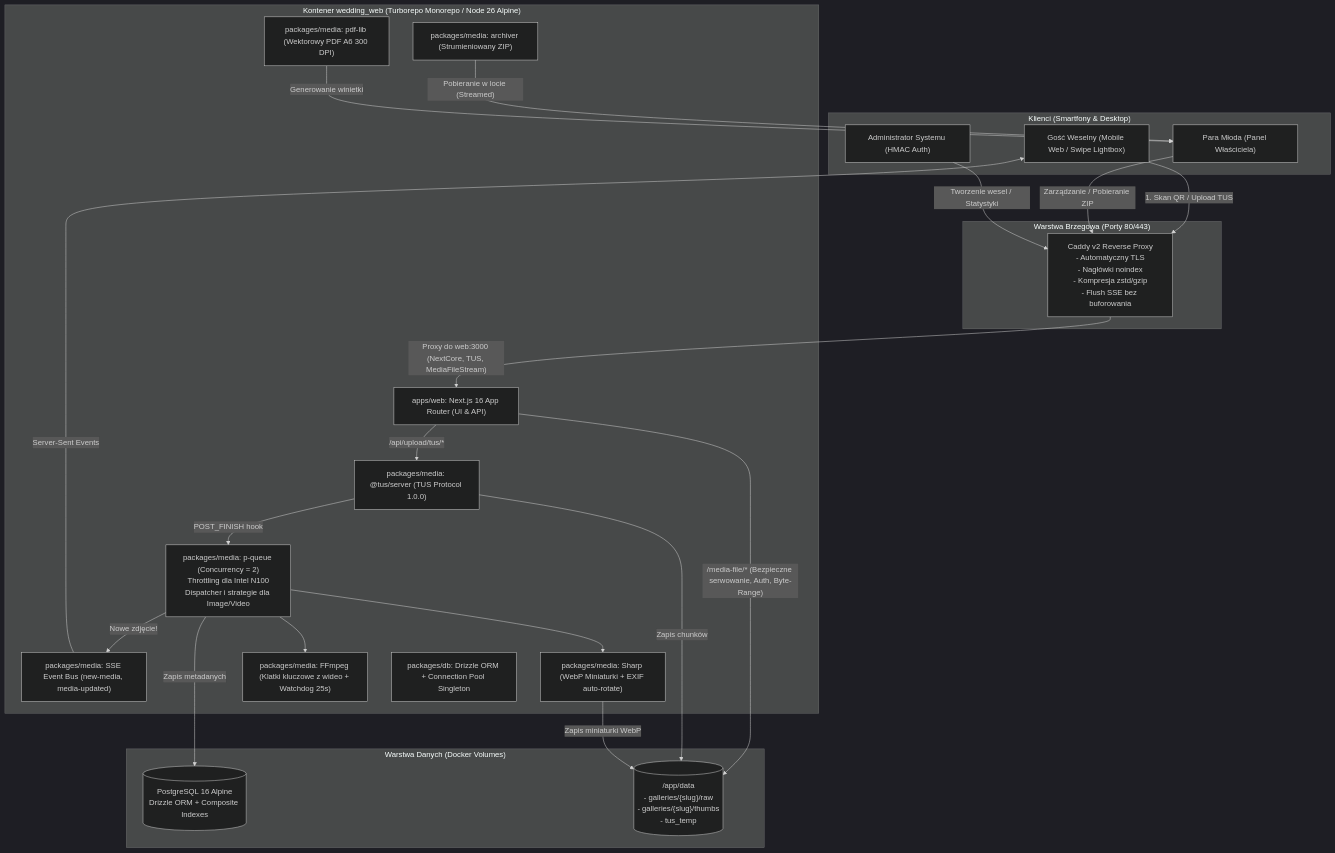
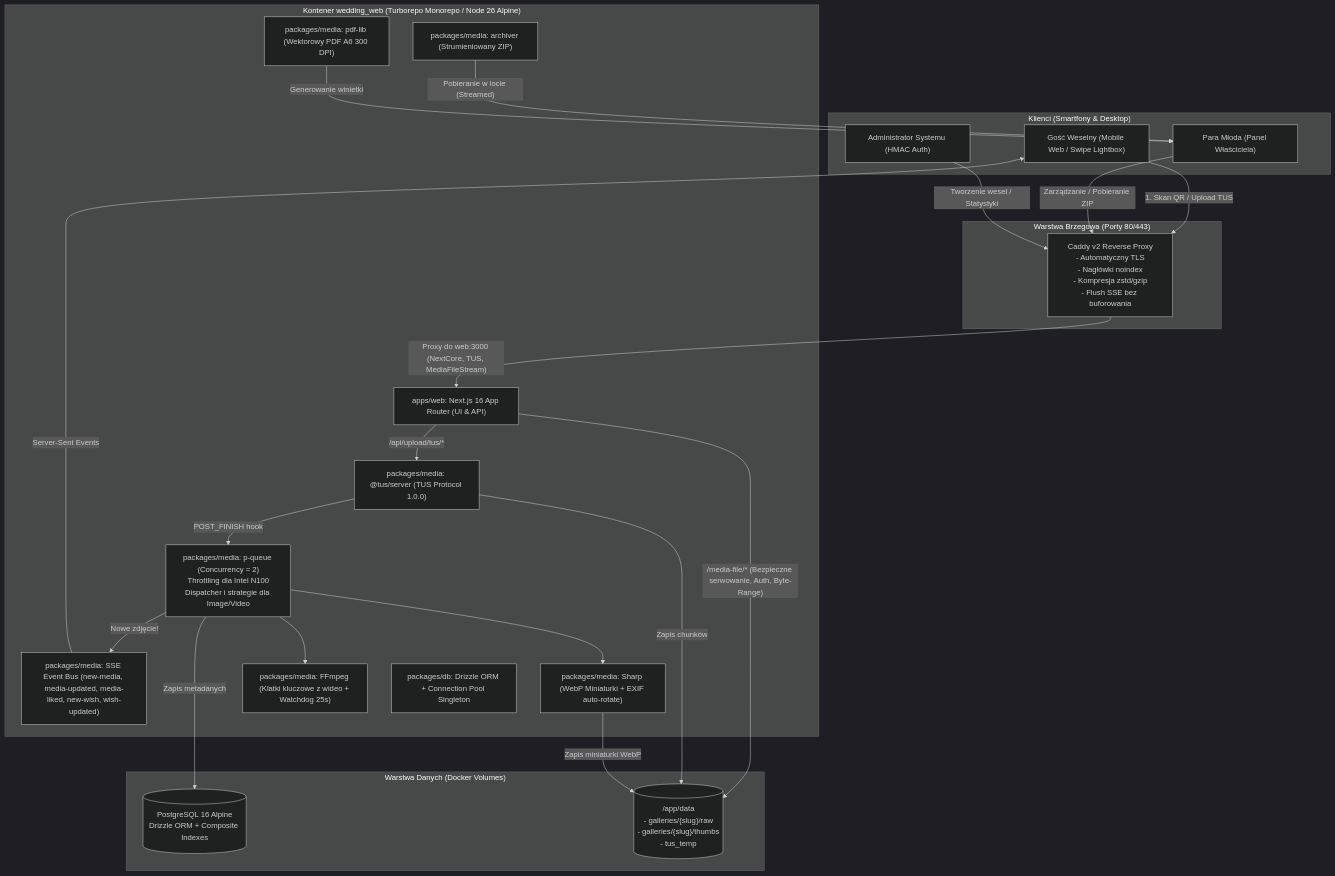
Before and after one commit to p4cino/wedding-drop: the diagram in DOCUMENTATION.md, drawn with Mermaid (dark theme). The commit also changed other lines of this file and 80 other files, not shown here.

````diff
--- a/DOCUMENTATION.md
+++ b/DOCUMENTATION.md
@@ -21,49 +21,49 @@
 ```mermaid
 graph TD
     subgraph "Klienci (Smartfony & Desktop)"
         Guest["Gość Weselny (Mobile Web / Swipe Lightbox)"]
         Couple["Para Młoda (Panel Właściciela)"]
         Admin["Administrator Systemu (HMAC Auth)"]
     end
 
     subgraph "Warstwa Brzegowa (Porty 80/443)"
         Caddy["Caddy v2 Reverse Proxy\n- Automatyczny TLS\n- Nagłówki noindex\n- Kompresja zstd/gzip\n- Flush SSE bez buforowania"]
     end
 
     subgraph "Kontener wedding_web (Turborepo Monorepo / Node 26 Alpine)"
         NextCore["apps/web: Next.js 16 App Router (UI & API)"]
         TusServer["packages/media: @tus/server (TUS Protocol 1.0.0)"]
-        SSEBus["packages/media: SSE Event Bus (new-media, media-updated)"]
+        SSEBus["packages/media: SSE Event Bus (new-media, media-updated, media-liked, new-wish, wish-updated)"]
         PdfGen["packages/media: pdf-lib (Wektorowy PDF A6 300 DPI)"]
         ZipStream["packages/media: archiver (Strumieniowany ZIP)"]
         MediaQueue["packages/media: p-queue (Concurrency = 2)\nThrottling dla Intel N100\nDispatcher i strategie dla Image/Video"]
         Sharp["packages/media: Sharp (WebP Miniaturki + EXIF auto-rotate)"]
         FFmpeg["packages/media: FFmpeg (Klatki kluczowe z wideo + Watchdog 25s)"]
         DbPkg["packages/db: Drizzle ORM + Connection Pool Singleton"]
     end
 
     subgraph "Warstwa Danych (Docker Volumes)"
         Postgres[("PostgreSQL 16 Alpine\nDrizzle ORM + Composite Indexes")]
         Filesystem[("/app/data\n- galleries/{slug}/raw\n- galleries/{slug}/thumbs\n- tus_temp")]
     end
 
     Guest -->|"1. Skan QR / Upload TUS"| Caddy
     Couple -->|"Zarządzanie / Pobieranie ZIP"| Caddy
     Admin -->|"Tworzenie wesel / Statystyki"| Caddy
 
     Caddy -->|"Proxy do web:3000 (NextCore, TUS, MediaFileStream)"| NextCore
     NextCore -->|"/api/upload/tus/*"| TusServer
     NextCore -->|"/media-file/* (Bezpieczne serwowanie, Auth, Byte-Range)"| Filesystem
 
     TusServer -->|"Zapis chunków"| Filesystem
     TusServer -->|"POST_FINISH hook"| MediaQueue
     MediaQueue --> Sharp
     MediaQueue --> FFmpeg
     Sharp -->|"Zapis miniaturki WebP"| Filesystem
     MediaQueue -->|"Zapis metadanych"| Postgres
     MediaQueue -->|"Nowe zdjęcie!"| SSEBus
     SSEBus -->|"Server-Sent Events"| Guest
 
     ZipStream -->|"Pobieranie w locie (Streamed)"| Couple
     PdfGen -->|"Generowanie winietki"| Couple
 ```
````
